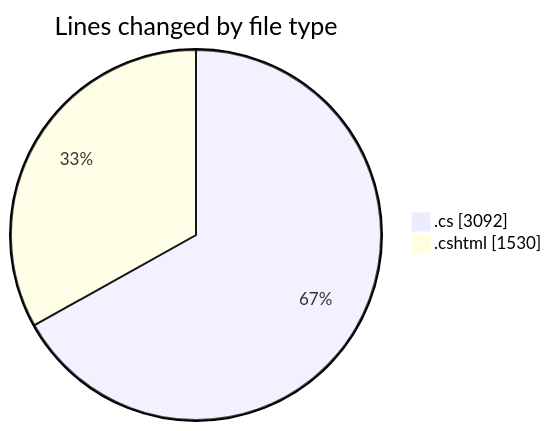
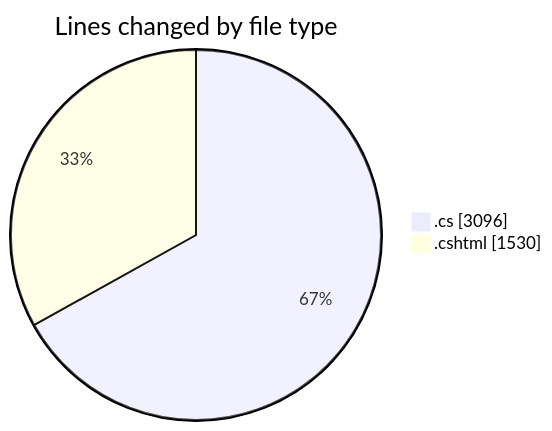
Before and after one commit to lephambinh05/code-tracking: the first of 2 diagrams in 2025-07-28/quanlyrapchieuphim-1/README.md, drawn with Mermaid. The commit also changed other lines of this file and 1 other file, not shown here.

````diff
--- a/2025-07-28/quanlyrapchieuphim-1/README.md
+++ b/2025-07-28/quanlyrapchieuphim-1/README.md
@@ -31,6 +31,6 @@
 ```mermaid
 pie showData
 title Lines changed by file type
-".cs" : 3092
+".cs" : 3096
 ".cshtml" : 1530
 ```
````
